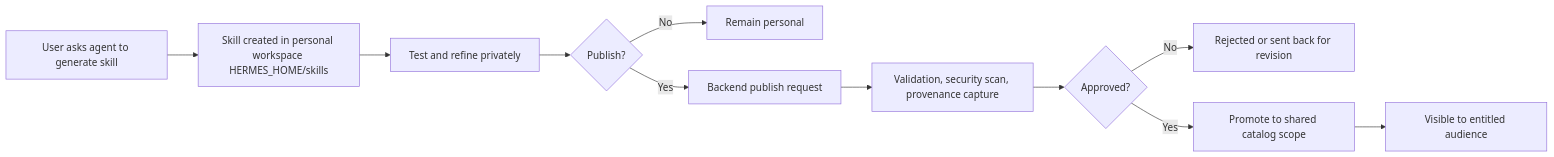
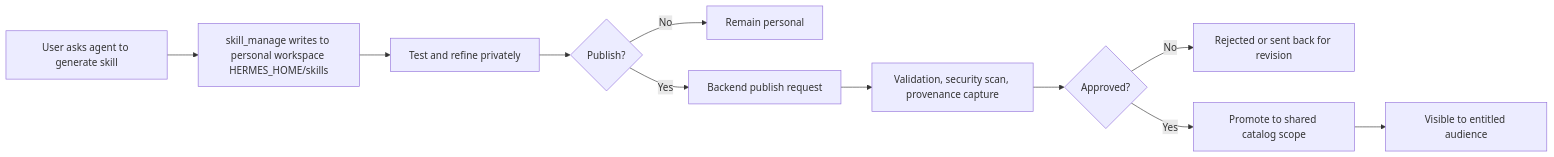
One commit to chris-han/Vibe-Trading changed the fourth of 4 diagrams in Multi-Tenant-Design.md. Above: the diagram before and after it, drawn with Mermaid. The commit also changed other lines of this file and 2 other files, not shown here.

Commit message:
feat: update .gitignore to exclude workspaces and enhance Multi-Tenant Design documentation for skill management

````diff
--- a/Multi-Tenant-Design.md
+++ b/Multi-Tenant-Design.md
@@ -430,13 +435,13 @@
 ```mermaid
 flowchart LR
-    A[User asks agent to generate skill] --> B[Skill created in personal workspace HERMES_HOME/skills]
+    A[User asks agent to generate skill] --> B[skill_manage writes to personal workspace HERMES_HOME/skills]
     B --> C[Test and refine privately]
     C --> D{Publish?}
     D -->|No| E[Remain personal]
     D -->|Yes| F[Backend publish request]
     F --> G[Validation, security scan, provenance capture]
     G --> H{Approved?}
     H -->|No| I[Rejected or sent back for revision]
     H -->|Yes| J[Promote to shared catalog scope]
     J --> K[Visible to entitled audience]
 ```
````
